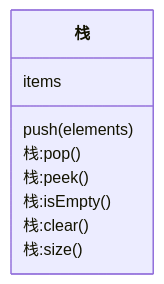
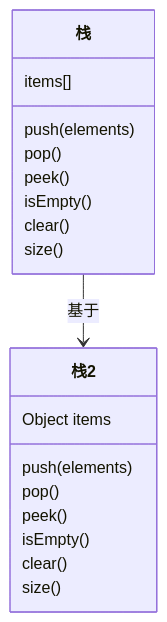
One commit to mofenusers/mention changed the diagram in 前端知识/语言知识/数据结构与算法/数据结构.md. Above: the diagram before and after it, drawn with Mermaid.

Commit message:
auto sync by git

````diff
--- a/前端知识/语言知识/数据结构与算法/数据结构.md
+++ b/前端知识/语言知识/数据结构与算法/数据结构.md
@@ -6,13 +6,23 @@
 ```mermaid
 classDiagram
 class 栈 {
-items
+items[]
 push(elements)
-栈:pop()
-栈:peek()
-栈:isEmpty()
-栈:clear()
-栈:size()
+pop()
+peek()
+isEmpty()
+clear()
+size()
 }
 
+class 栈 2 {
+Object items
+push(elements)
+pop()
+peek()
+isEmpty()
+clear()
+size()
+}
+栈 --> 栈 2 : 基于
 ```
````
